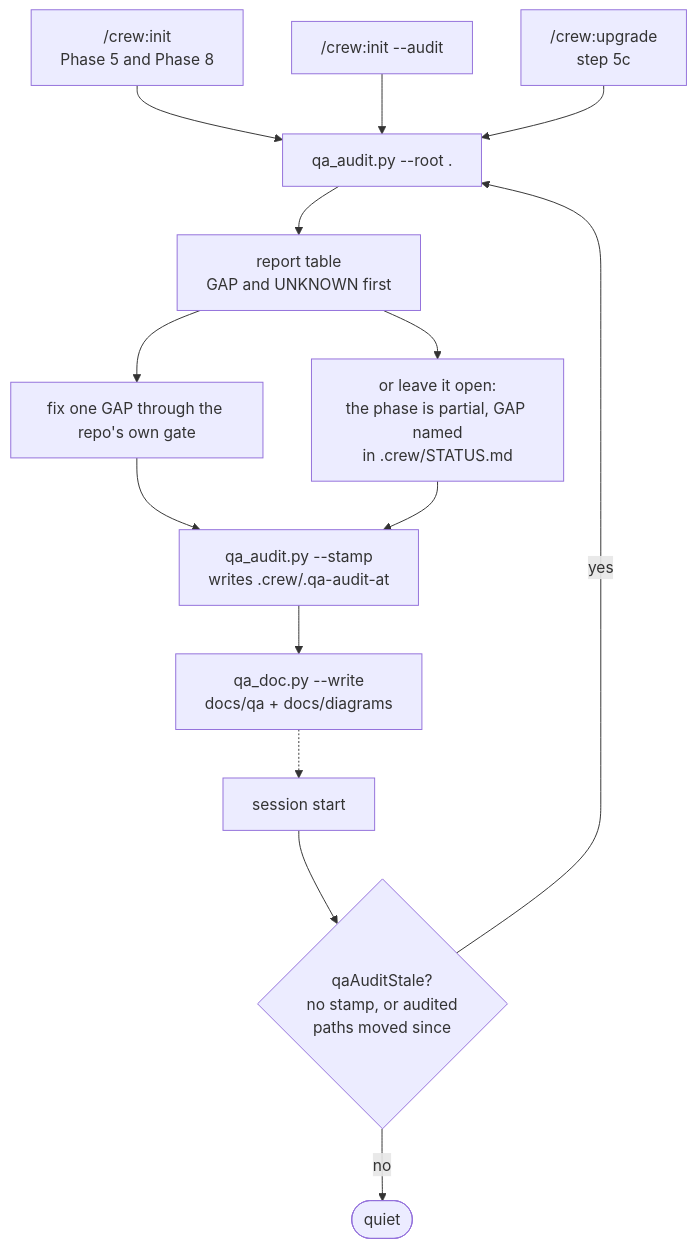
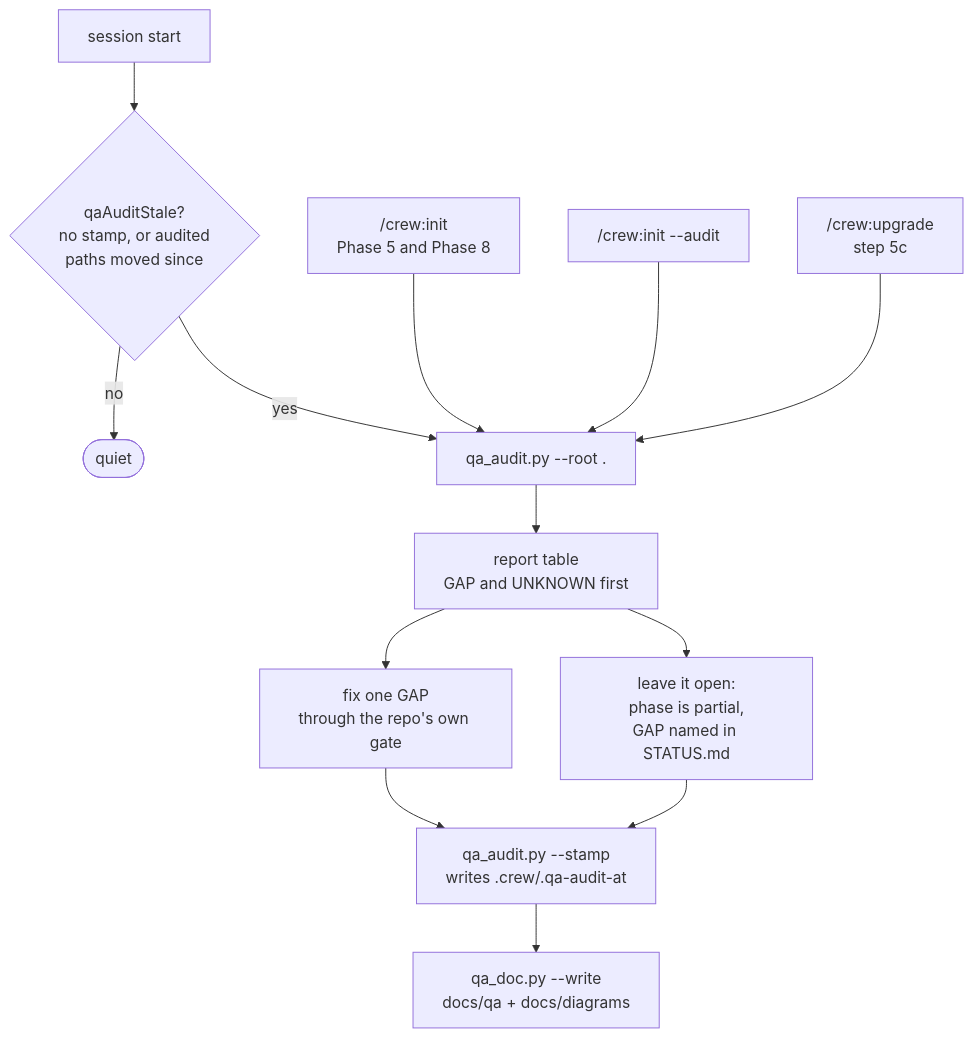
One commit to mbadali25/useful-claude-add-ons changed the first of 3 diagrams in docs/qa/crew-qa-standards.md. Above: the diagram before and after it, drawn with Mermaid. The commit also changed 12 other files, not shown here.

First line of the commit message:
L-0618: QA diagrams draw without crossing lines (crew 1.0.157)

````diff
--- a/docs/qa/crew-qa-standards.md
+++ b/docs/qa/crew-qa-standards.md
@@ -25,16 +25,15 @@
 ```mermaid
 flowchart TD
+  sess["session start"] --> stale{"qaAuditStale?<br/>no stamp, or audited<br/>paths moved since"}
+  stale -->|no| quiet(["quiet"])
   init["/crew:init<br/>Phase 5 and Phase 8"] --> audit
   ask["/crew:init --audit"] --> audit
   upg["/crew:upgrade<br/>step 5c"] --> audit
-  sess["session start"] --> stale{"qaAuditStale?<br/>no stamp, or audited<br/>paths moved since"}
   stale -->|yes| audit
-  stale -->|no| quiet(["quiet"])
   audit["qa_audit.py --root ."] --> report["report table<br/>GAP and UNKNOWN first"]
-  report --> fix["fix one GAP through the repo's own gate"]
-  report --> record["or leave it open:<br/>the phase is partial, GAP named<br/>in .crew/STATUS.md"]
+  report --> fix["fix one GAP<br/>through the repo's own gate"]
+  report --> open["leave it open:<br/>phase is partial,<br/>GAP named in STATUS.md"]
   fix --> stamp["qa_audit.py --stamp<br/>writes .crew/.qa-audit-at"]
-  record --> stamp
+  open --> stamp
   stamp --> doc["qa_doc.py --write<br/>docs/qa + docs/diagrams"]
-  doc -.-> sess
 ```
````
